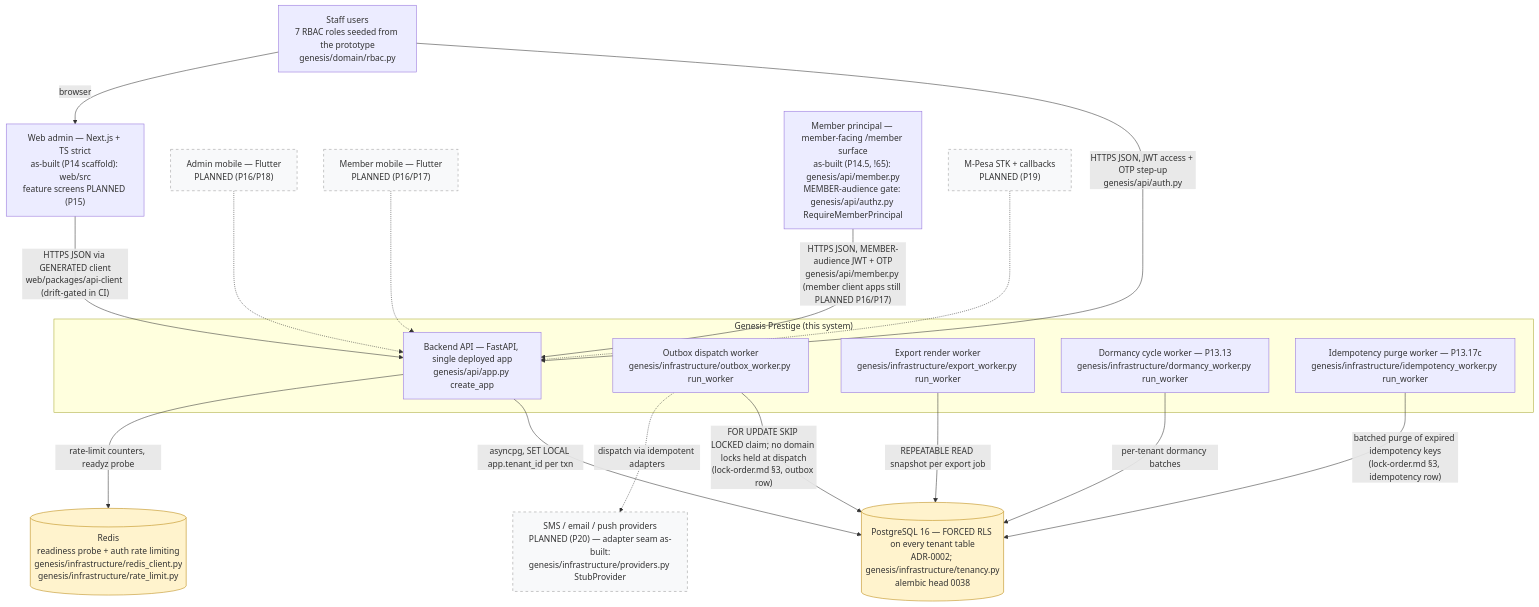
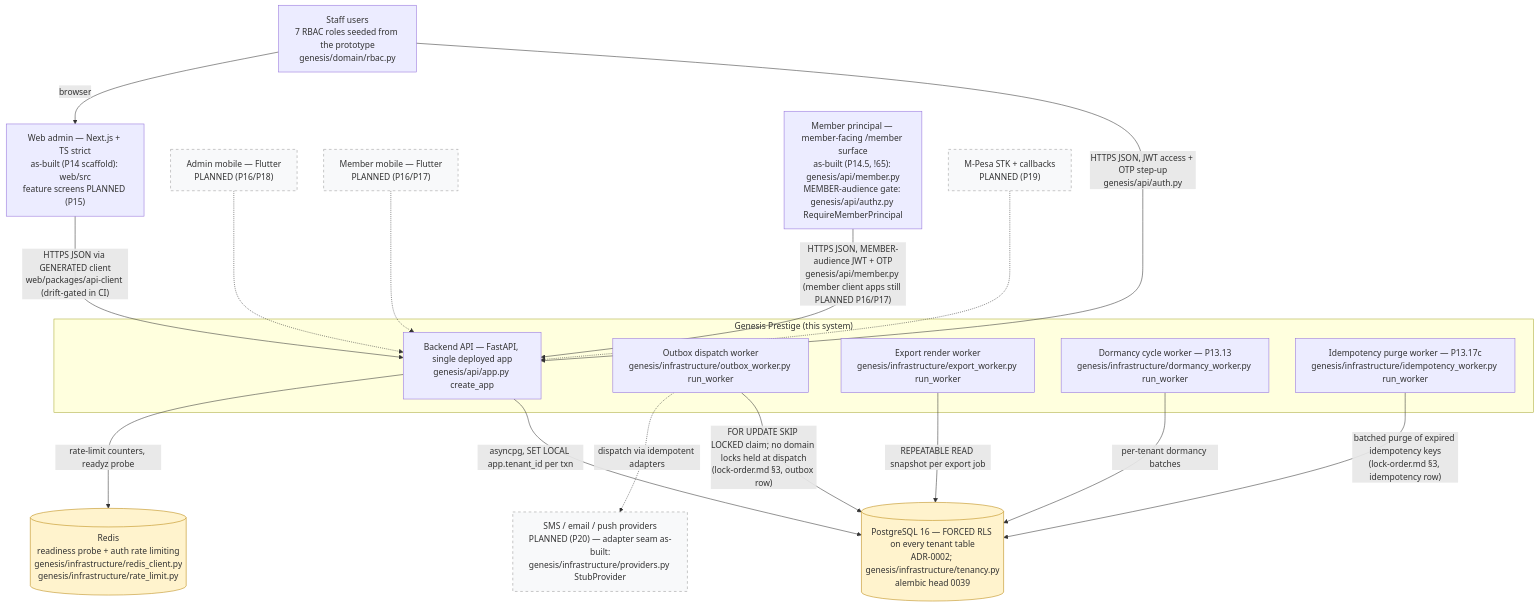
The diagram in docs/diagrams/c4-context.md (Benson-Kim/genesis-sacco), drawn with Mermaid before and after one commit. The commit also changed other lines of this file and 6 other files, not shown here.

````diff
--- a/docs/diagrams/c4-context.md
+++ b/docs/diagrams/c4-context.md
@@ -44,46 +44,46 @@
 ```mermaid
 flowchart TB
     %% Authored against main @ 08541b860f1445b16c342c39b6606d86b9dbeb17
     %% L1 context — as-built boxes cite genesis modules; dashed = PLANNED (Pn).
 
     STAFF["Staff users<br/>7 RBAC roles seeded from the prototype<br/>genesis/domain/rbac.py"]
 
     subgraph SYS["Genesis Prestige (this system)"]
         API["Backend API — FastAPI, single deployed app<br/>genesis/api/app.py create_app"]
         OBW["Outbox dispatch worker<br/>genesis/infrastructure/outbox_worker.py run_worker"]
         EXW["Export render worker<br/>genesis/infrastructure/export_worker.py run_worker"]
         DMW["Dormancy cycle worker — P13.13<br/>genesis/infrastructure/dormancy_worker.py run_worker"]
         IDW["Idempotency purge worker — P13.17c<br/>genesis/infrastructure/idempotency_worker.py run_worker"]
     end
 
-    PG[("PostgreSQL 16 — FORCED RLS on every tenant table<br/>ADR-0002; genesis/infrastructure/tenancy.py<br/>alembic head 0038")]
+    PG[("PostgreSQL 16 — FORCED RLS on every tenant table<br/>ADR-0002; genesis/infrastructure/tenancy.py<br/>alembic head 0039")]
     RD[("Redis<br/>readiness probe + auth rate limiting<br/>genesis/infrastructure/redis_client.py<br/>genesis/infrastructure/rate_limit.py")]
 
     WEB["Web admin — Next.js + TS strict<br/>as-built (P14 scaffold): web/src<br/>feature screens PLANNED (P15)"]
     ADM["Admin mobile — Flutter<br/>PLANNED (P16/P18)"]
     MEM["Member mobile — Flutter<br/>PLANNED (P16/P17)"]
     MPR["Member principal — member-facing /member surface<br/>as-built (P14.5, !65): genesis/api/member.py<br/>MEMBER-audience gate: genesis/api/authz.py RequireMemberPrincipal"]
     MPESA["M-Pesa STK + callbacks<br/>PLANNED (P19)"]
     PROV["SMS / email / push providers<br/>PLANNED (P20) — adapter seam as-built:<br/>genesis/infrastructure/providers.py StubProvider"]
 
     STAFF -->|"HTTPS JSON, JWT access + OTP step-up<br/>genesis/api/auth.py"| API
     API -->|"asyncpg, SET LOCAL app.tenant_id per txn"| PG
     API -->|"rate-limit counters, readyz probe"| RD
     OBW -->|"FOR UPDATE SKIP LOCKED claim; no domain locks held at dispatch<br/>(lock-order.md §3, outbox row)"| PG
     EXW -->|"REPEATABLE READ snapshot per export job"| PG
     DMW -->|"per-tenant dormancy batches"| PG
     IDW -->|"batched purge of expired idempotency keys<br/>(lock-order.md §3, idempotency row)"| PG
     OBW -.->|"dispatch via idempotent adapters"| PROV
 
     STAFF -->|"browser"| WEB
     WEB -->|"HTTPS JSON via GENERATED client<br/>web/packages/api-client (drift-gated in CI)"| API
     ADM -.-> API
     MEM -.-> API
     MPR -->|"HTTPS JSON, MEMBER-audience JWT + OTP<br/>genesis/api/member.py (member client apps still PLANNED P16/P17)"| API
     MPESA -.-> API
 
     classDef planned fill:#f8f9fa,stroke:#999,stroke-dasharray: 5 5;
     class ADM,MEM,MPESA,PROV planned;
     classDef store fill:#fff3cd,stroke:#b8860b;
     class PG,RD store;
 ```
````
